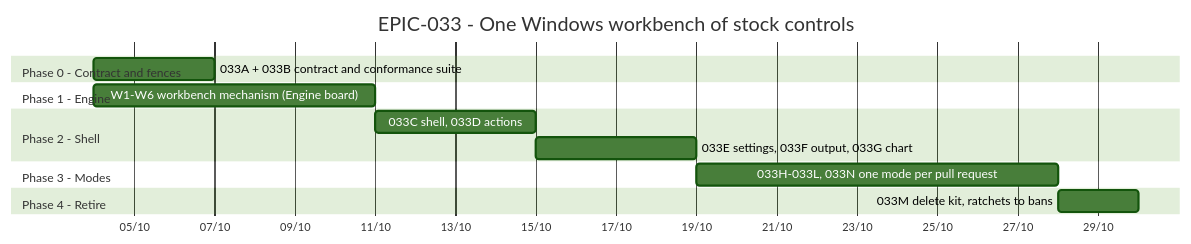
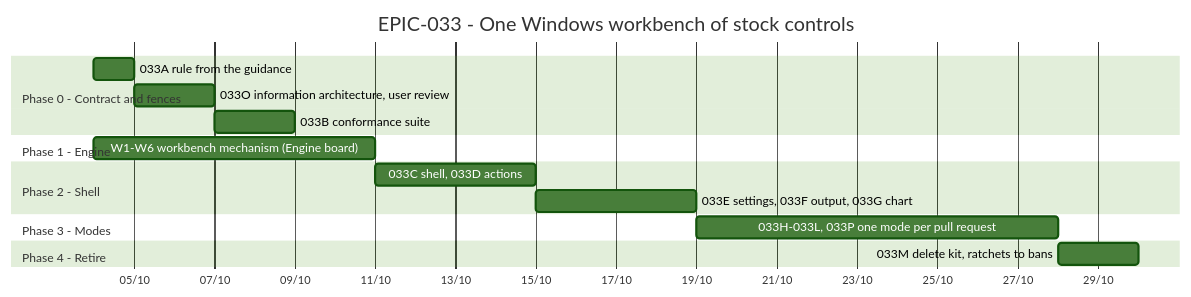
The diagram in Tasks/epics/EPIC-033_windows_workbench/TRACKING.md (anhembedded/Sagittarius_Elite_Warrior), drawn with Mermaid (forest theme) before and after one commit. The commit also changed other lines of this file and 21 other files, not shown here.

First line of the commit message:
docs(epic-033): redesign from the use cases, rule grounded in desktop guidance

````diff
--- a/Tasks/epics/EPIC-033_windows_workbench/TRACKING.md
+++ b/Tasks/epics/EPIC-033_windows_workbench/TRACKING.md
@@ -12,18 +12,20 @@
 ```mermaid
 gantt
     title EPIC-033 - One Windows workbench of stock controls
     dateFormat  YYYY-MM-DD
     axisFormat  %d/%m
 
     section Phase 0 - Contract and fences
-    033A + 033B contract and conformance suite :p0, 2026-10-04, 3d
+    033A rule from the guidance              :p0, 2026-10-04, 1d
+    033O information architecture, user review :p0b, after p0, 2d
+    033B conformance suite                    :p0c, after p0b, 2d
     section Phase 1 - Engine
     W1-W6 workbench mechanism (Engine board)  :p1, 2026-10-04, 7d
     section Phase 2 - Shell
     033C shell, 033D actions                  :p2, after p1, 4d
     033E settings, 033F output, 033G chart    :p2b, after p2, 4d
     section Phase 3 - Modes
-    033H-033L, 033N one mode per pull request :p3, after p2b, 9d
+    033H-033L, 033P one mode per pull request :p3, after p2b, 9d
     section Phase 4 - Retire
     033M delete kit, ratchets to bans         :p4, after p3, 2d
 ```
````
